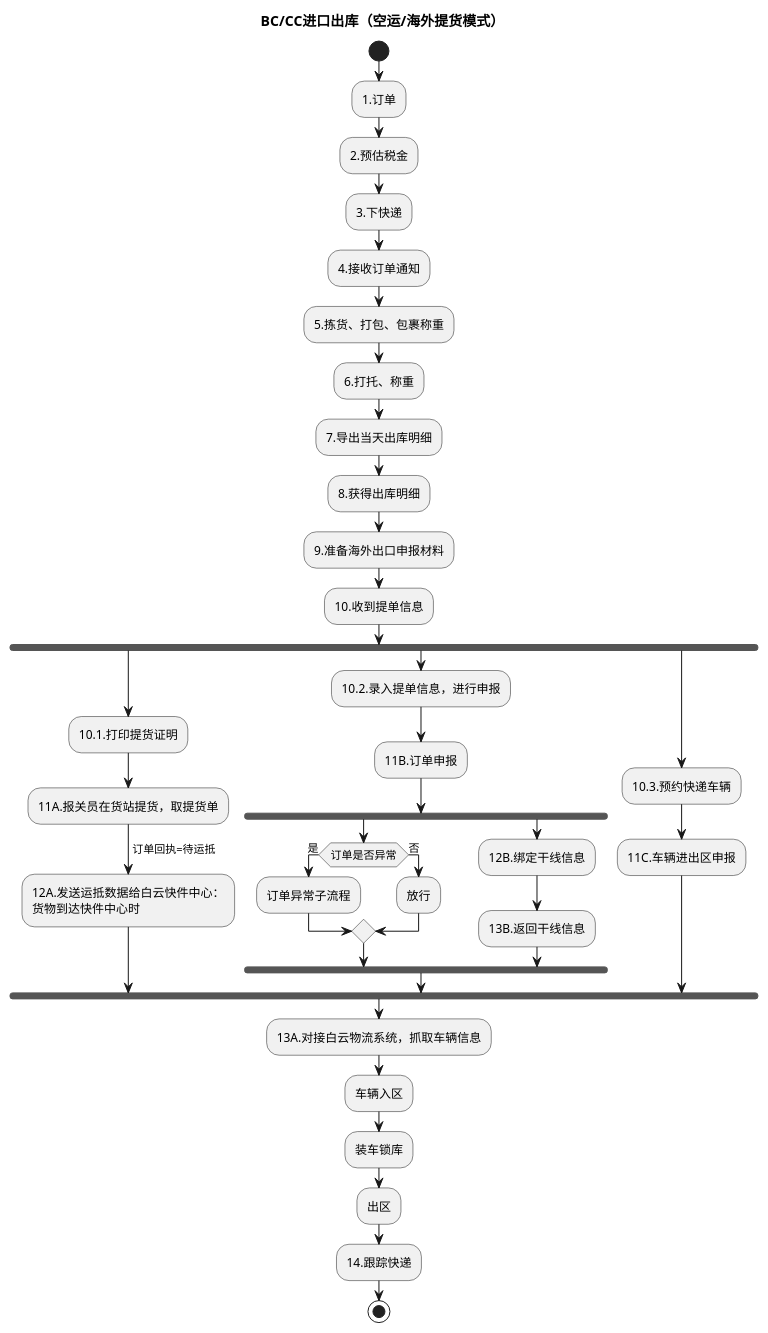
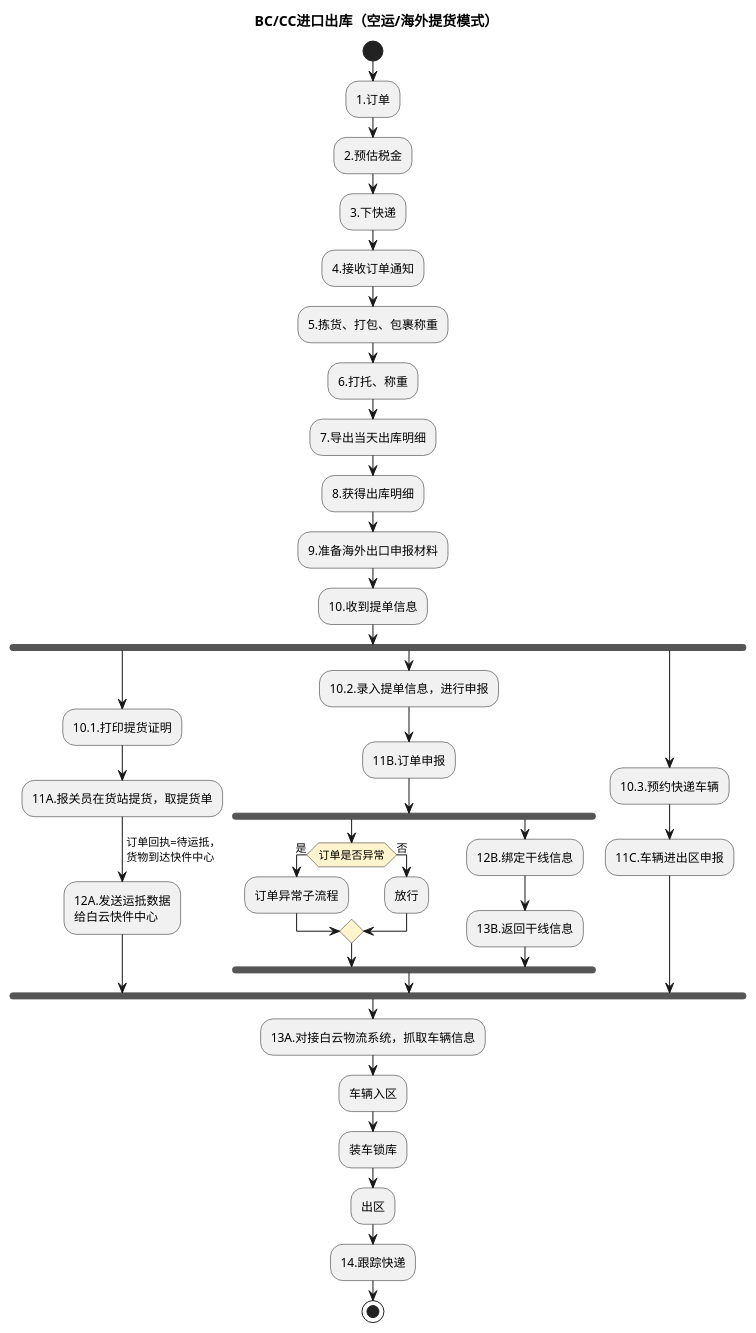
One commit to jack888332/projects-doc changed the third of 6 diagrams in product-caliber/goldjet/segmented-prd/mainflow/PRD.高捷物流系统一期.主流程.05.跨境电商BC、个人物品CC进口详细流程.md. Above: the diagram before and after it, drawn with PlantUML. The commit also changed other lines of this file and 20 other files, not shown here.

Commit message:
优化流程表对应的DLS图

````diff
--- a/product-caliber/goldjet/segmented-prd/mainflow/PRD.高捷物流系统一期.主流程.05.跨境电商BC、个人物品CC进口详细流程.md
+++ b/product-caliber/goldjet/segmented-prd/mainflow/PRD.高捷物流系统一期.主流程.05.跨境电商BC、个人物品CC进口详细流程.md
@@ -74,44 +76,45 @@
 ```plantuml
 @startuml
+skinparam activityDiamondBackgroundColor #FFF4CC
 title BC/CC进口出库（空运/海外提货模式）
 start
 :1.订单;
 :2.预估税金;
 :3.下快递;
 :4.接收订单通知;
 :5.拣货、打包、包裹称重;
 :6.打托、称重;
 :7.导出当天出库明细;
 :8.获得出库明细;
 :9.准备海外出口申报材料;
 :10.收到提单信息;
 fork
   :10.1.打印提货证明;
   :11A.报关员在货站提货，取提货单;
-  -> 订单回执=待运抵;
-  :12A.发送运抵数据给白云快件中心：\n货物到达快件中心时;
+  -> 订单回执=待运抵，\n货物到达快件中心;
+  :12A.发送运抵数据\n给白云快件中心;
 fork again
   :10.2.录入提单信息，进行申报;
   :11B.订单申报;
   fork
     if (订单是否异常) then (是)
       :订单异常子流程;
     else (否)
       :放行;
     endif
   fork again
     :12B.绑定干线信息;
     :13B.返回干线信息;
   end fork
 fork again
   :10.3.预约快递车辆;
   :11C.车辆进出区申报;
 end fork
 :13A.对接白云物流系统，抓取车辆信息;
 :车辆入区;
 :装车锁库;
 :出区;
 :14.跟踪快递;
 stop
 @enduml
 ```
````
